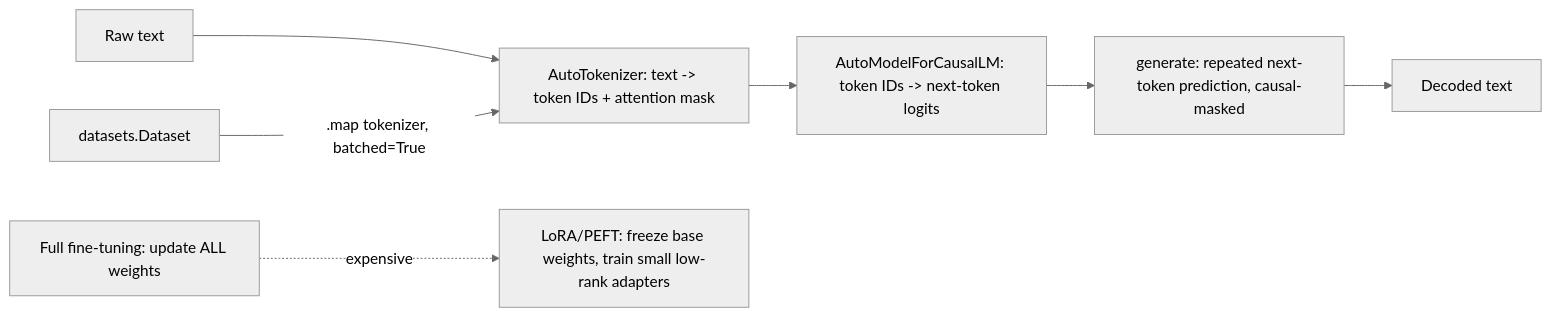
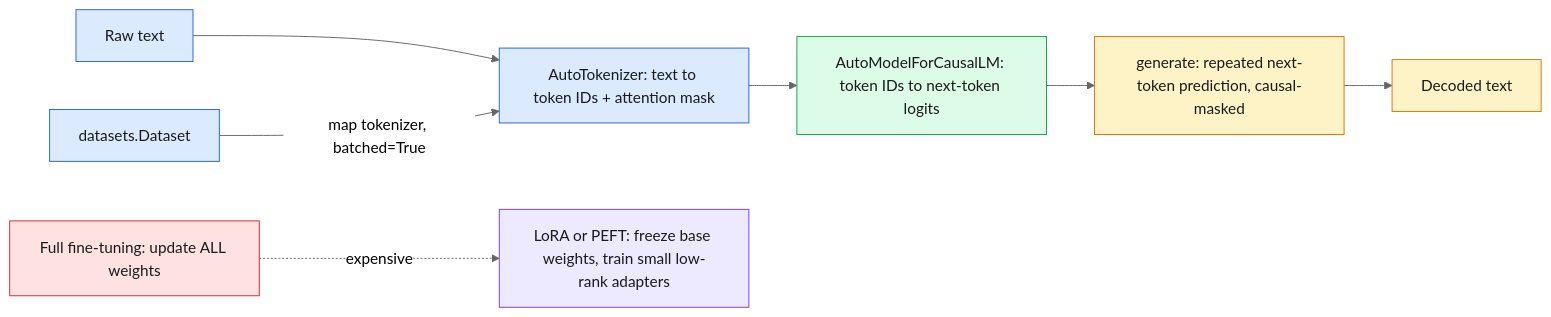
One commit to bhanu-prakash12/ai-ml-engineer-fundamentals changed the first of 2 diagrams in day03_deep_learning/24_huggingface_foundations/README.md. Above: the diagram before and after it, drawn with Mermaid (neutral theme). The commit also changed other lines of this file and 68 other files, not shown here.

````diff
--- a/day03_deep_learning/24_huggingface_foundations/README.md
+++ b/day03_deep_learning/24_huggingface_foundations/README.md
@@ -34,9 +70,19 @@
 ```mermaid
 flowchart LR
-  A[Raw text] --> B[AutoTokenizer: text -> token IDs + attention mask]
-  B --> C[AutoModelForCausalLM: token IDs -> next-token logits]
-  C --> D[generate: repeated next-token prediction, causal-masked]
-  D --> E[Decoded text]
-  F[datasets.Dataset] -->|.map tokenizer, batched=True| B
-  G[Full fine-tuning: update ALL weights] -.expensive.-> H[LoRA/PEFT: freeze base weights, train small low-rank adapters]
+  A["Raw text"] --> B["AutoTokenizer: text to token IDs + attention mask"]
+  B --> C["AutoModelForCausalLM: token IDs to next-token logits"]
+  C --> D["generate: repeated next-token prediction, causal-masked"]
+  D --> E["Decoded text"]
+  F["datasets.Dataset"] -->|"map tokenizer, batched=True"| B
+  G["Full fine-tuning: update ALL weights"] -.->|"expensive"| H["LoRA or PEFT: freeze base weights, train small low-rank adapters"]
+  classDef txt fill:#DBEAFE,stroke:#2563EB,color:#1a1a1a;
+  classDef mod fill:#DCFCE7,stroke:#16A34A,color:#1a1a1a;
+  classDef gen fill:#FEF3C7,stroke:#D97706,color:#1a1a1a;
+  classDef ft fill:#EDE9FE,stroke:#7C3AED,color:#1a1a1a;
+  classDef pricey fill:#FEE2E2,stroke:#DC2626,color:#1a1a1a;
+  class A,B,F txt;
+  class C mod;
+  class D,E gen;
+  class H ft;
+  class G pricey;
 ```
````
